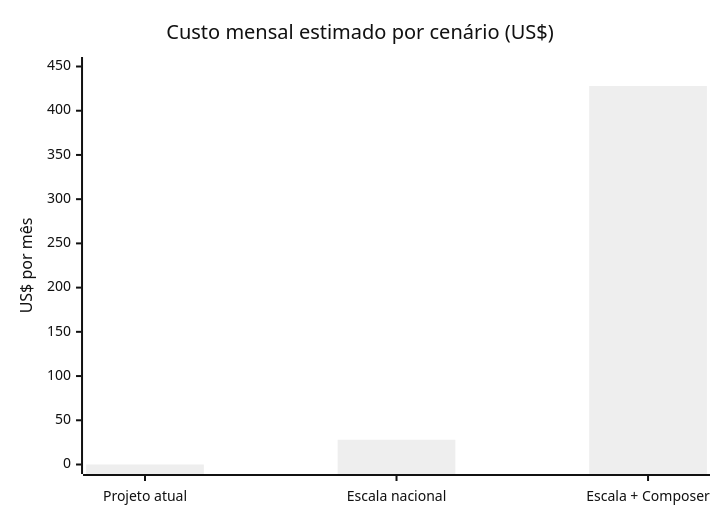
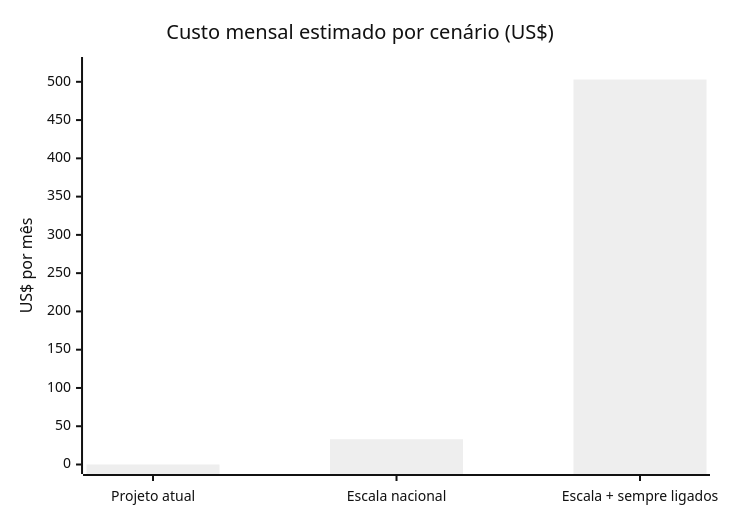
The third of 3 diagrams in README.md (pedrohm1986b/Tech_Challenge_RM373453_pipeline_alfabetizacao), drawn with Mermaid (neutral theme) before and after one commit. The commit also changed other lines of this file, not shown here.

````diff
--- a/README.md
+++ b/README.md
@@ -323,7 +326,7 @@
 ```mermaid
 xychart-beta
     title "Custo mensal estimado por cenário (US$)"
-    x-axis ["Projeto atual", "Escala nacional", "Escala + Composer"]
-    y-axis "US$ por mês" 0 --> 450
-    bar [0, 28, 428]
+    x-axis ["Projeto atual", "Escala nacional", "Escala + sempre ligados"]
+    y-axis "US$ por mês" 0 --> 520
+    bar [0, 33, 503]
 ```
````
